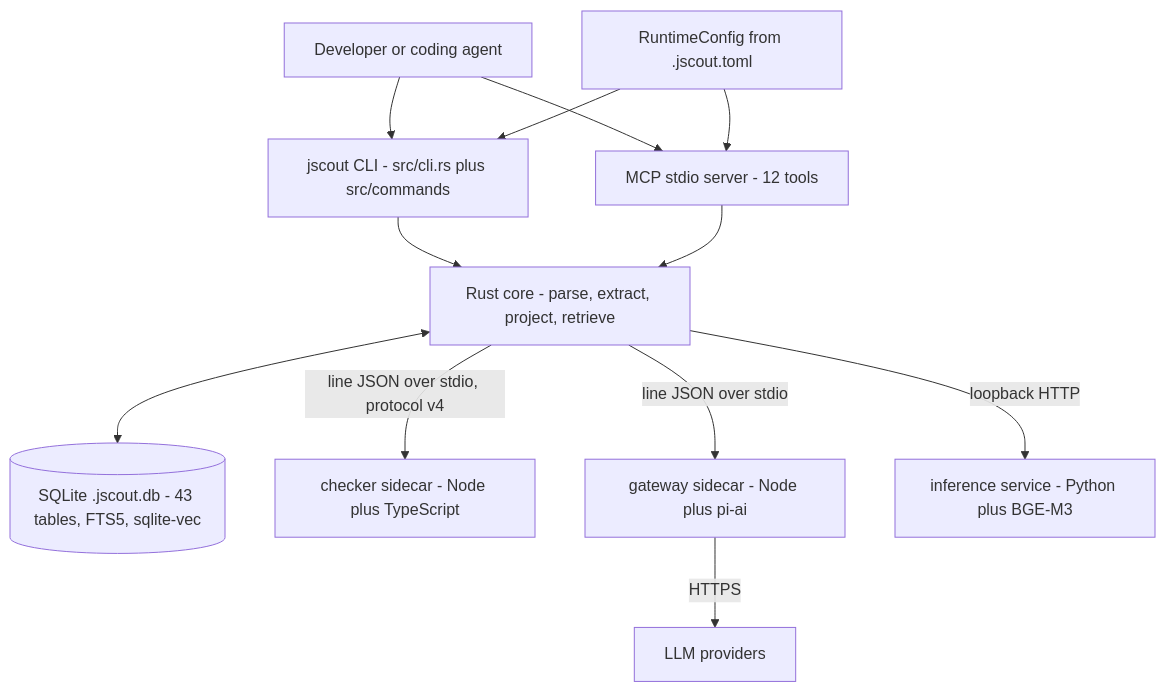
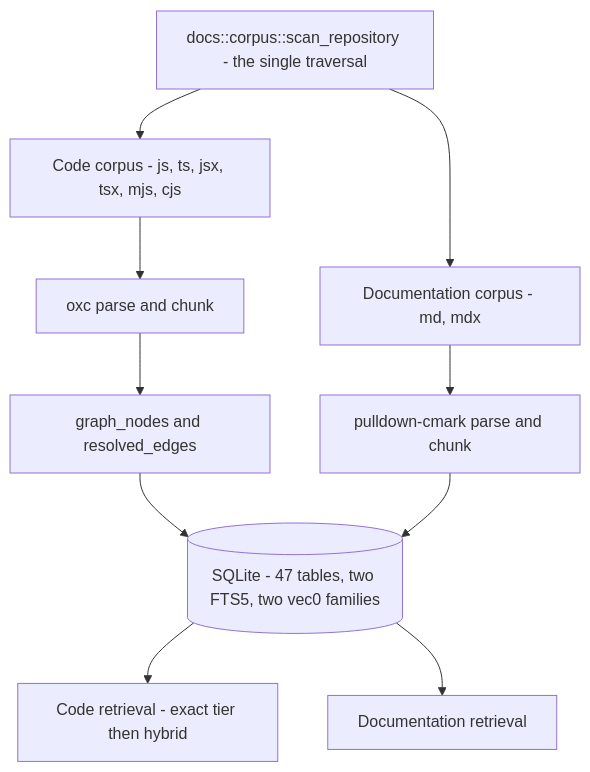
Before and after one commit to iantocristian/jscout: the diagram in docs/codebase-analysis/01-system-overview.md, drawn with Mermaid. The commit also changed other lines of this file and 40 other files, not shown here.

````diff
--- a/docs/codebase-analysis/01-system-overview.md
+++ b/docs/codebase-analysis/01-system-overview.md
@@ -22,25 +20,17 @@
 ```mermaid
 flowchart TD
-    USER["Developer or coding agent"]
-    CLI["jscout CLI - src/cli.rs plus src/commands"]
-    MCP["MCP stdio server - 12 tools"]
-    CFG["RuntimeConfig from .jscout.toml"]
-    CORE["Rust core - parse, extract, project, retrieve"]
-    DB[("SQLite .jscout.db - 43 tables, FTS5, sqlite-vec")]
-    CHK["checker sidecar - Node plus TypeScript"]
-    GW["gateway sidecar - Node plus pi-ai"]
-    INF["inference service - Python plus BGE-M3"]
-    LLM["LLM providers"]
+    WALK["docs::corpus::scan_repository - the single traversal"]
+    CODE["Code corpus - js, ts, jsx, tsx, mjs, cjs"]
+    DOCS["Documentation corpus - md, mdx"]
+    OXC["oxc parse and chunk"]
+    PROSE["pulldown-cmark parse and chunk"]
+    GRAPH["graph_nodes and resolved_edges"]
+    DB[("SQLite - 47 tables, two FTS5, two vec0 families")]
+    CQ["Code retrieval - exact tier then hybrid"]
+    DQ["Documentation retrieval"]
 
-    USER --> CLI
-    USER --> MCP
-    CFG --> CLI
-    CFG --> MCP
-    CLI --> CORE
-    MCP --> CORE
-    CORE <--> DB
-    CORE -->|"line JSON over stdio, protocol v4"| CHK
-    CORE -->|"line JSON over stdio"| GW
-    CORE -->|"loopback HTTP"| INF
-    GW -->|"HTTPS"| LLM
+    WALK --> CODE --> OXC --> GRAPH --> DB
+    WALK --> DOCS --> PROSE --> DB
+    DB --> CQ
+    DB --> DQ
 ```
````
